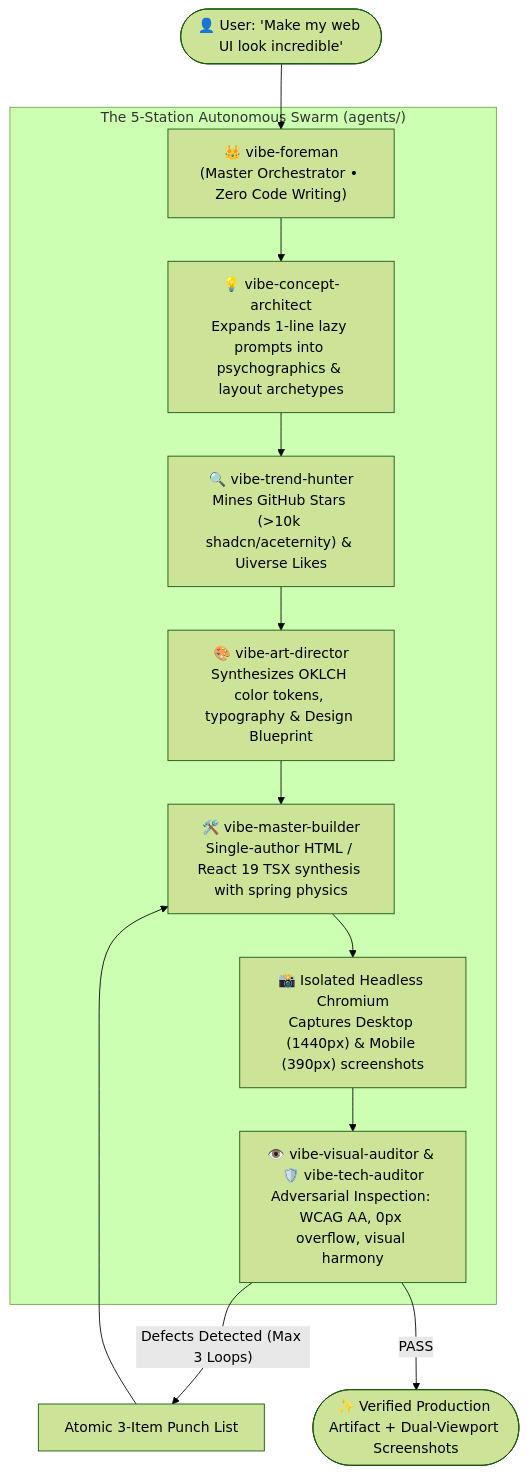
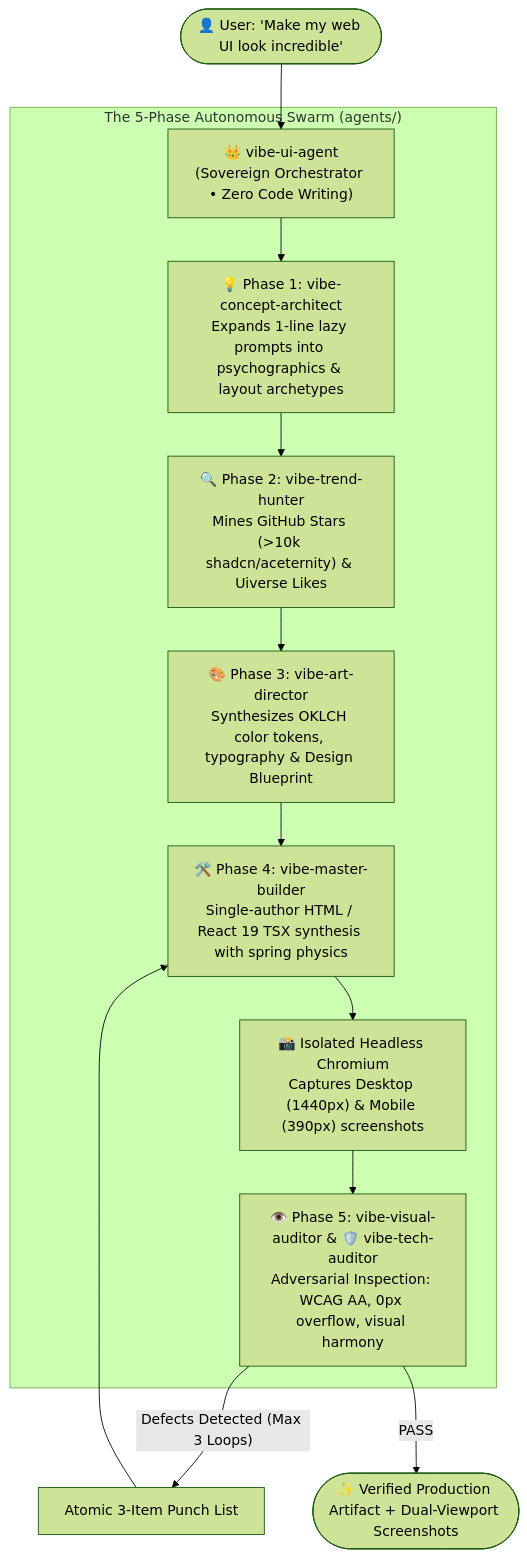
One commit to omid-io/vibe-ui-suite changed the diagram in README.md. Above: the diagram before and after it, drawn with Mermaid (forest theme). The commit also changed other lines of this file and 20 other files, not shown here.

Commit message:
fix(versioning): enforce zero-unsolicited-version invariant and sync global custom-agents

````diff
--- a/README.md
+++ b/README.md
@@ -84,17 +84,17 @@
 ```mermaid
 flowchart TD
-    User(["👤 User: 'Make my web UI look incredible'"]) --> Foreman["👑 vibe-foreman<br/>(Master Orchestrator • Zero Code Writing)"]
+    User(["👤 User: 'Make my web UI look incredible'"]) --> Orchestrator["👑 vibe-ui-agent<br/>(Sovereign Orchestrator • Zero Code Writing)"]
     
-    subgraph SwarmPipeline ["The 5-Station Autonomous Swarm (agents/)"]
-        Foreman --> S1["💡 vibe-concept-architect<br/>Expands 1-line lazy prompts into psychographics & layout archetypes"]
-        S1 --> S2["🔍 vibe-trend-hunter<br/>Mines GitHub Stars (>10k shadcn/aceternity) & Uiverse Likes"]
-        S2 --> S3["🎨 vibe-art-director<br/>Synthesizes OKLCH color tokens, typography & Design Blueprint"]
-        S3 --> S4["🛠️ vibe-master-builder<br/>Single-author HTML / React 19 TSX synthesis with spring physics"]
-        S4 --> S5["📸 Isolated Headless Chromium<br/>Captures Desktop (1440px) & Mobile (390px) screenshots"]
-        S5 --> S6["👁️ vibe-visual-auditor & 🛡️ vibe-tech-auditor<br/>Adversarial Inspection: WCAG AA, 0px overflow, visual harmony"]
+    subgraph SwarmPipeline ["The 5-Phase Autonomous Swarm (agents/)"]
+        Orchestrator --> P1["💡 Phase 1: vibe-concept-architect<br/>Expands 1-line lazy prompts into psychographics & layout archetypes"]
+        P1 --> P2["🔍 Phase 2: vibe-trend-hunter<br/>Mines GitHub Stars (>10k shadcn/aceternity) & Uiverse Likes"]
+        P2 --> P3["🎨 Phase 3: vibe-art-director<br/>Synthesizes OKLCH color tokens, typography & Design Blueprint"]
+        P3 --> P4["🛠️ Phase 4: vibe-master-builder<br/>Single-author HTML / React 19 TSX synthesis with spring physics"]
+        P4 --> P5["📸 Isolated Headless Chromium<br/>Captures Desktop (1440px) & Mobile (390px) screenshots"]
+        P5 --> P6["👁️ Phase 5: vibe-visual-auditor & 🛡️ vibe-tech-auditor<br/>Adversarial Inspection: WCAG AA, 0px overflow, visual harmony"]
     end
     
-    S6 -- "Defects Detected (Max 3 Loops)" --> PunchList["Atomic 3-Item Punch List"]
-    PunchList --> S4
-    S6 -- "PASS" --> Delivery(["✨ Verified Production Artifact + Dual-Viewport Screenshots"])
+    P6 -- "Defects Detected (Max 3 Loops)" --> PunchList["Atomic 3-Item Punch List"]
+    PunchList --> P4
+    P6 -- "PASS" --> Delivery(["✨ Verified Production Artifact + Dual-Viewport Screenshots"])
 ```
````
